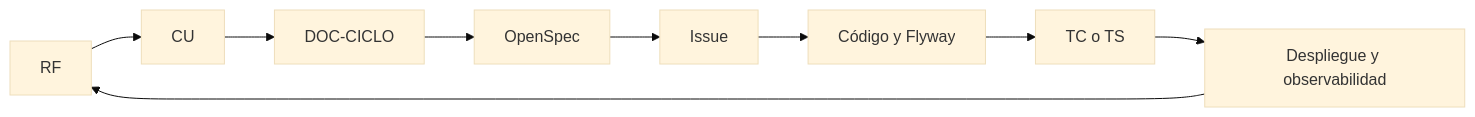
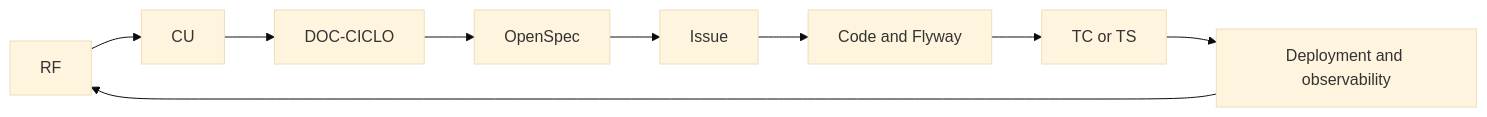
One commit to matiaspakua/notaire changed the first of 3 diagrams in docs/300-development/INGENIERIA.md. Above: the diagram before and after it, drawn with Mermaid (base theme). The commit also changed other lines of this file and 52 other files, not shown here.

````diff
--- a/docs/300-development/INGENIERIA.md
+++ b/docs/300-development/INGENIERIA.md
@@ -59,11 +60,11 @@
 ```mermaid
 flowchart LR
   rf[RF] --> cu[CU]
-  cu --> modelo[DOC-CICLO]
-  modelo --> spec[OpenSpec]
+  cu --> model[DOC-CICLO]
+  model --> spec[OpenSpec]
   spec --> issue[Issue]
-  issue --> codigo[Código y Flyway]
-  codigo --> prueba[TC o TS]
-  prueba --> operacion[Despliegue y observabilidad]
-  operacion --> rf
+  issue --> code[Code and Flyway]
+  code --> test[TC or TS]
+  test --> operation[Deployment and observability]
+  operation --> rf
 ```
````
